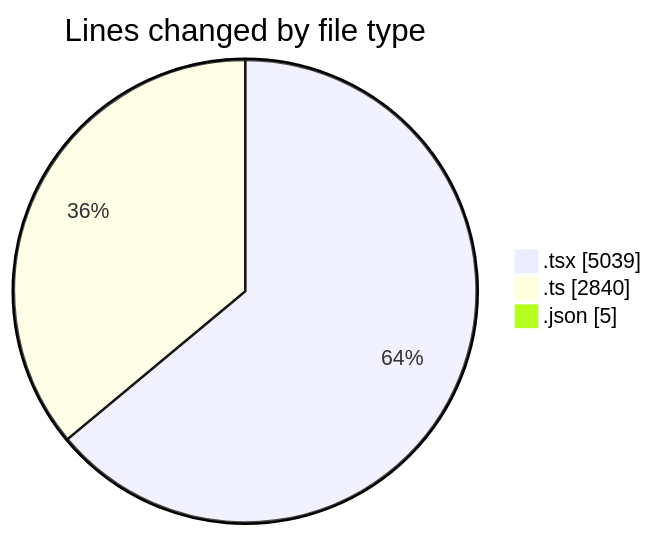
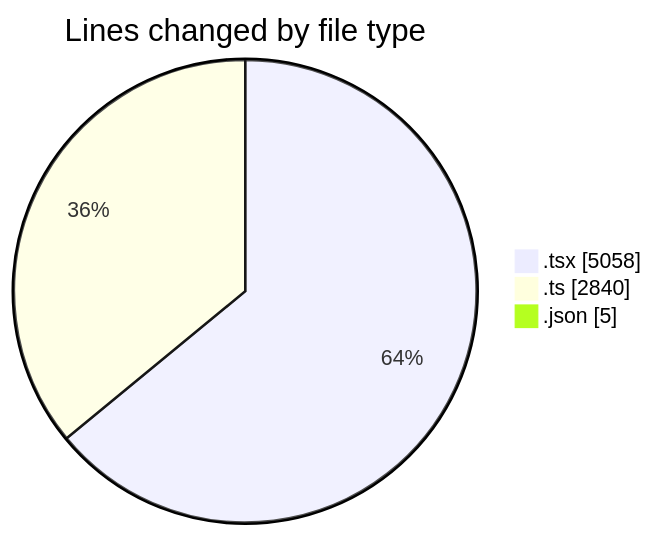
The first of 2 diagrams in 2025-11-23/eventscop-frontend-guide__workspace_/README.md (julien-gomy/code-tracking), drawn with Mermaid before and after one commit. The commit also changed other lines of this file and 1 other file, not shown here.

````diff
--- a/2025-11-23/eventscop-frontend-guide__workspace_/README.md
+++ b/2025-11-23/eventscop-frontend-guide__workspace_/README.md
@@ -75,7 +76,7 @@
 ```mermaid
 pie showData
 title Lines changed by file type
-".tsx" : 5039
+".tsx" : 5058
 ".ts" : 2840
 ".json" : 5
 ```
````
